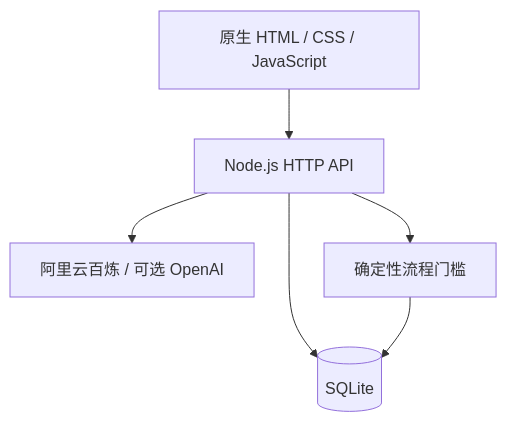
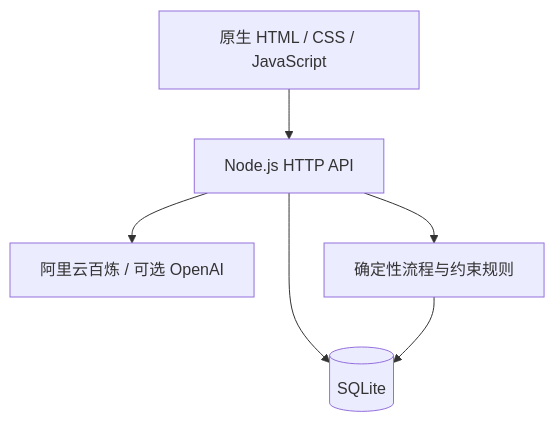
The second of 2 diagrams in README.md (Di-Buu/resolve-ai-decision), drawn with Mermaid before and after one commit. The commit also changed other lines of this file, not shown here.

````diff
--- a/README.md
+++ b/README.md
@@ -45,8 +130,8 @@
 ```mermaid
 flowchart TB
   UI[原生 HTML / CSS / JavaScript] --> API[Node.js HTTP API]
   API --> DB[(SQLite)]
   API --> AI[阿里云百炼 / 可选 OpenAI]
-  API --> RULES[确定性流程门槛]
+  API --> RULES[确定性流程与约束规则]
   RULES --> DB
 ```
````
